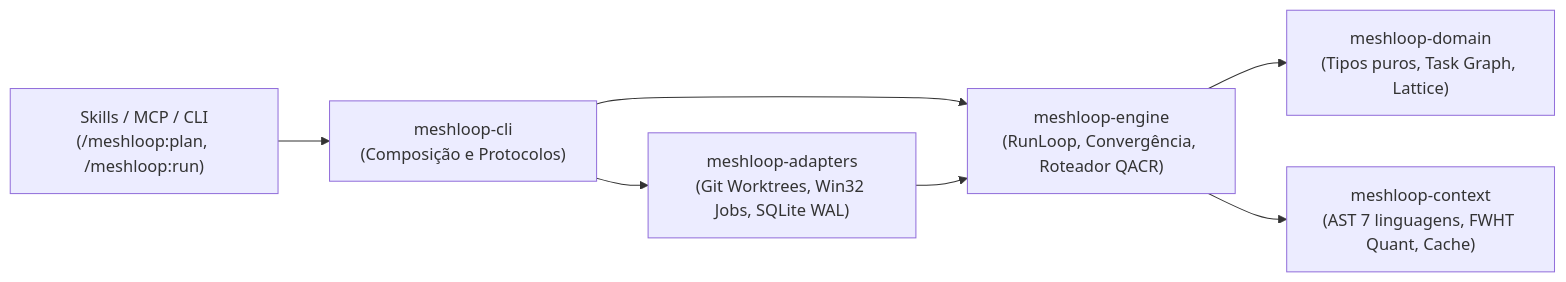
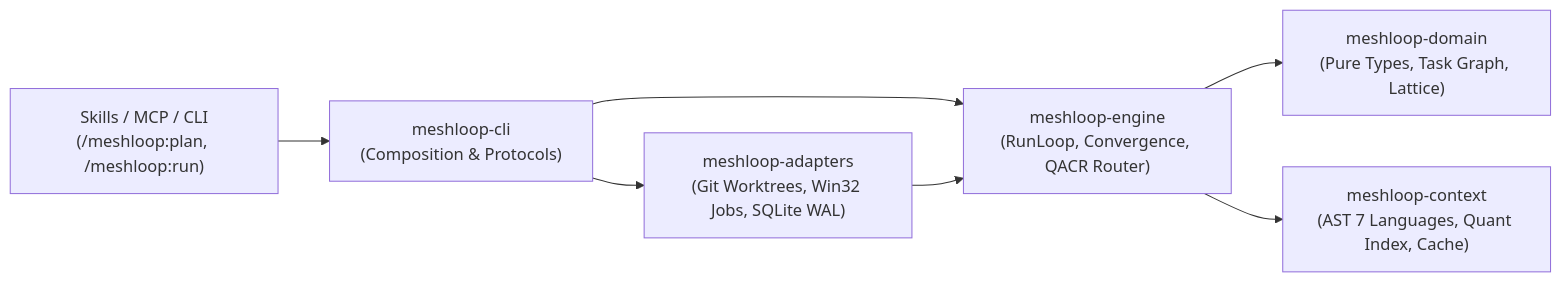
The second of 3 diagrams in docs/architecture/overview.md (smota/meshloop), drawn with Mermaid before and after one commit. The commit also changed other lines of this file and 14 other files, not shown here.

````diff
--- a/docs/architecture/overview.md
+++ b/docs/architecture/overview.md
@@ -49,9 +48,9 @@
 ```mermaid
 flowchart LR
-  Skills["Skills / MCP / CLI\n(/meshloop:plan, /meshloop:run)"] --> CLI["meshloop-cli\n(Composição e Protocolos)"]
-  CLI --> Engine["meshloop-engine\n(RunLoop, Convergência, Roteador QACR)"]
-  Engine --> Domain["meshloop-domain\n(Tipos puros, Task Graph, Lattice)"]
-  Engine --> Context["meshloop-context\n(AST 7 linguagens, FWHT Quant, Cache)"]
+  Skills["Skills / MCP / CLI\n(/meshloop:plan, /meshloop:run)"] --> CLI["meshloop-cli\n(Composition & Protocols)"]
+  CLI --> Engine["meshloop-engine\n(RunLoop, Convergence, QACR Router)"]
+  Engine --> Domain["meshloop-domain\n(Pure Types, Task Graph, Lattice)"]
+  Engine --> Context["meshloop-context\n(AST 7 Languages, Quant Index, Cache)"]
   CLI --> Adapters["meshloop-adapters\n(Git Worktrees, Win32 Jobs, SQLite WAL)"]
   Adapters --> Engine
 ```
````
